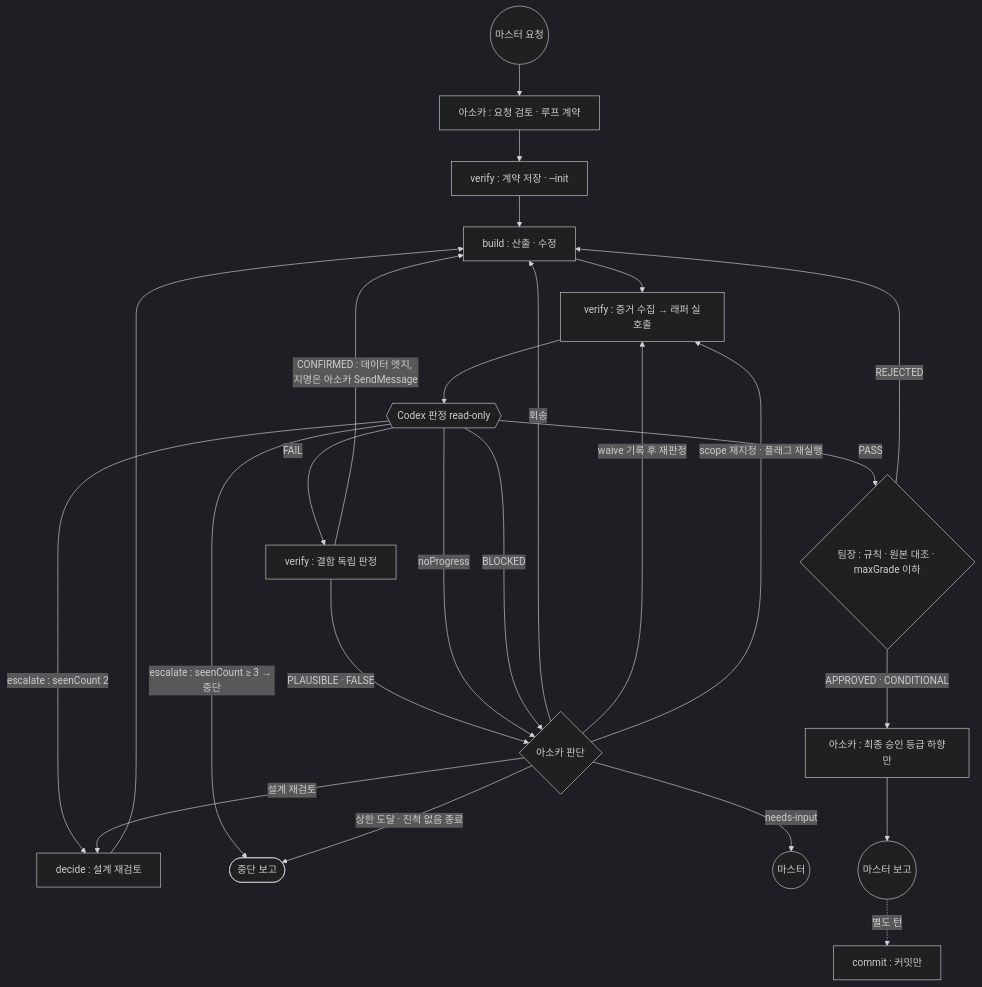
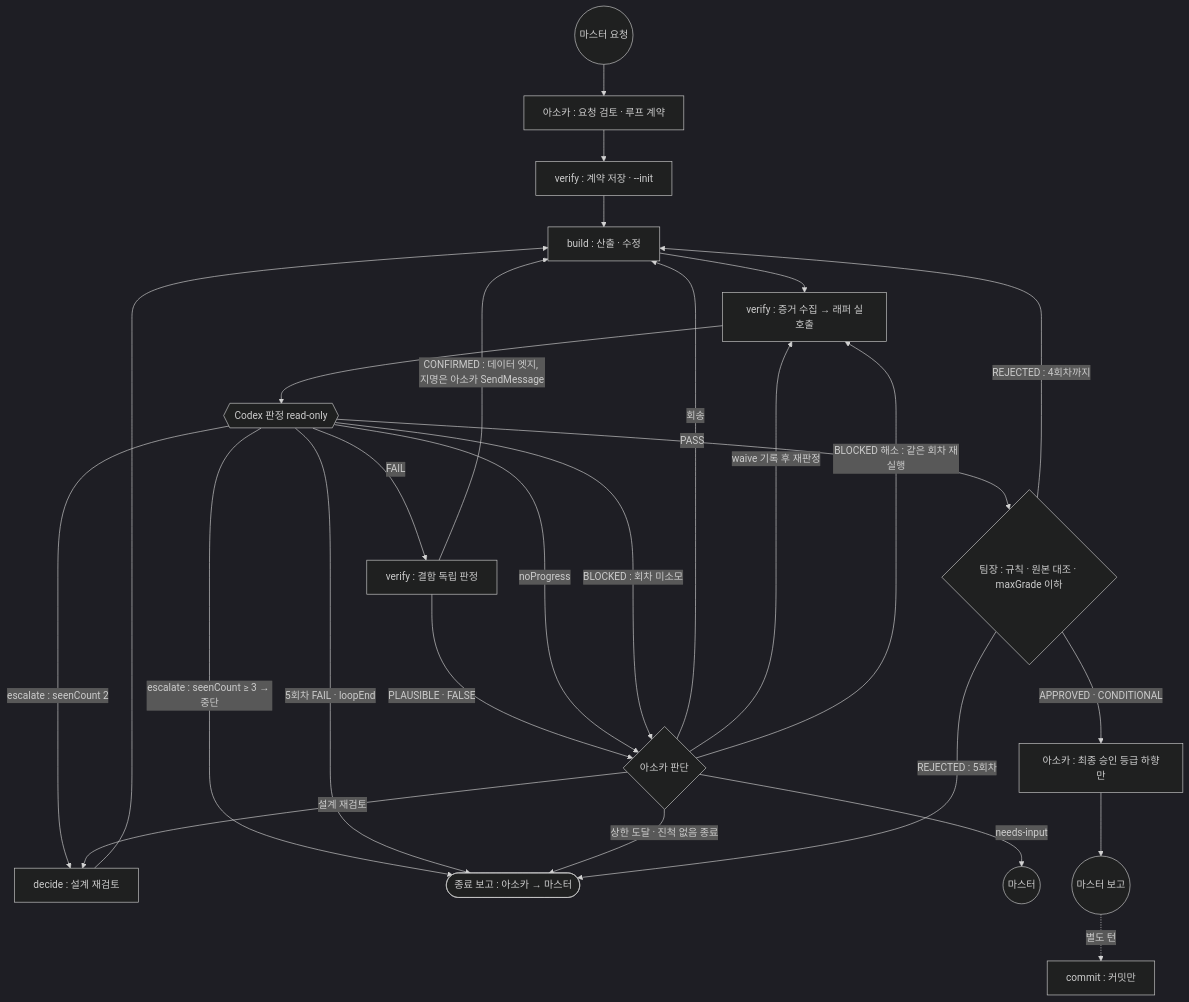
One commit to anakinwon/loginpi changed the diagram in .claude/engineering/40. loop/anakins_loop.md. Above: the diagram before and after it, drawn with Mermaid (dark theme). The commit also changed other lines of this file and 6 other files, not shown here.

````diff
--- a/.claude/engineering/40. loop/anakins_loop.md
+++ b/.claude/engineering/40. loop/anakins_loop.md
@@ -54,27 +54,29 @@
 ```mermaid
 flowchart TD
   M(("마스터 요청")) --> A1["아소카 : 요청 검토 · 루프 계약"]
   A1 --> I0["verify : 계약 저장 · --init"]
   I0 --> B["build : 산출 · 수정"]
   B --> V["verify : 증거 수집 → 래퍼 실호출"]
   V --> CX{{"Codex 판정 read-only"}}
   CX -->|PASS| T{"팀장 : 규칙 · 원본 대조 · maxGrade 이하"}
   CX -->|FAIL| TR["verify : 결함 독립 판정"]
   TR -->|"CONFIRMED : 데이터 엣지, 지명은 아소카 SendMessage"| B
   TR -->|"PLAUSIBLE · FALSE"| AJ{"아소카 판단"}
   CX -->|"escalate : seenCount 2"| D["decide : 설계 재검토"]
-  CX -->|"escalate : seenCount ≥ 3 → 중단"| STOP(["중단 보고"])
+  CX -->|"escalate : seenCount ≥ 3 → 중단"| STOP(["종료 보고 : 아소카 → 마스터"])
+  CX -->|"5회차 FAIL · loopEnd"| STOP
   CX -->|noProgress| AJ
-  CX -->|BLOCKED| AJ
+  CX -->|"BLOCKED : 회차 미소모"| AJ
   AJ -->|회송| B
   AJ -->|"waive 기록 후 재판정"| V
-  AJ -->|"scope 재지정 · 플래그 재실행"| V
+  AJ -->|"BLOCKED 해소 : 같은 회차 재실행"| V
   AJ -->|"설계 재검토"| D
   AJ -->|"상한 도달 · 진척 없음 종료"| STOP
   AJ -->|needs-input| MI(("마스터"))
   D --> B
-  T -->|REJECTED| B
+  T -->|"REJECTED : 4회차까지"| B
+  T -->|"REJECTED : 5회차"| STOP
   T -->|"APPROVED · CONDITIONAL"| AF["아소카 : 최종 승인 등급 하향만"]
   AF --> R(("마스터 보고"))
   R -.->|"별도 턴"| C["commit : 커밋만"]
 ```
````
